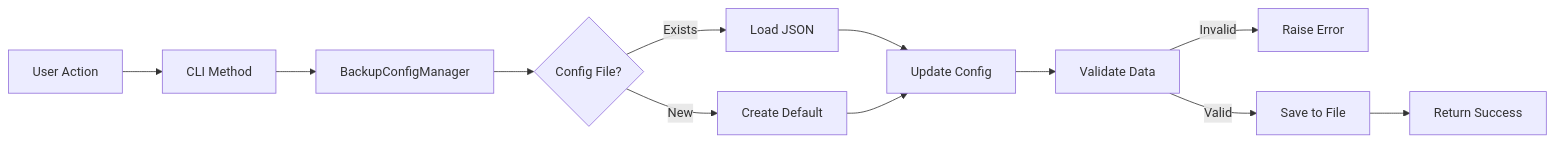
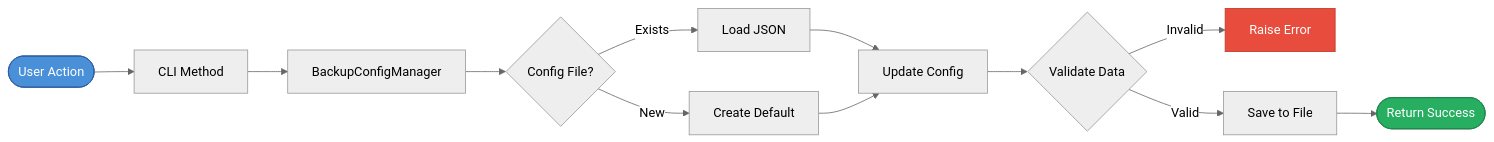
Before and after one commit to mateus-mg/control-panel: the fourth of 5 diagrams in docs/architecture/data-flow.md, drawn with Mermaid. The commit also changed other lines of this file, not shown here.

Commit message:
fix: improve mermaid diagrams for light/dark mode compatibility

````diff
--- a/docs/architecture/data-flow.md
+++ b/docs/architecture/data-flow.md
@@ -85,14 +93,19 @@
 ```mermaid
+%%{init: {'theme':'neutral'}}%%
 flowchart LR
-    A[User Action] --> B[CLI Method]
+    A([User Action]) --> B[CLI Method]
     B --> C[BackupConfigManager]
-    C --> D{Config File?}
-    D -->|Exists| E[Load JSON]
-    D -->|New| F[Create Default]
+    C --> D{"Config File?"}
+    D -->|"Exists"| E[Load JSON]
+    D -->|"New"| F[Create Default]
     E --> G[Update Config]
     F --> G
-    G --> H[Validate Data]
-    H -->|Invalid| I[Raise Error]
-    H -->|Valid| J[Save to File]
-    J --> K[Return Success]
+    G --> H{Validate Data}
+    H -->|"Invalid"| I[Raise Error]
+    H -->|"Valid"| J[Save to File]
+    J --> K([Return Success])
+
+    style A fill:#4a90d9,stroke:#2c5aa0,color:#fff
+    style K fill:#27ae60,stroke:#1e8449,color:#fff
+    style I fill:#e74c3c,stroke:#c0392b,color:#fff
 ```
````
